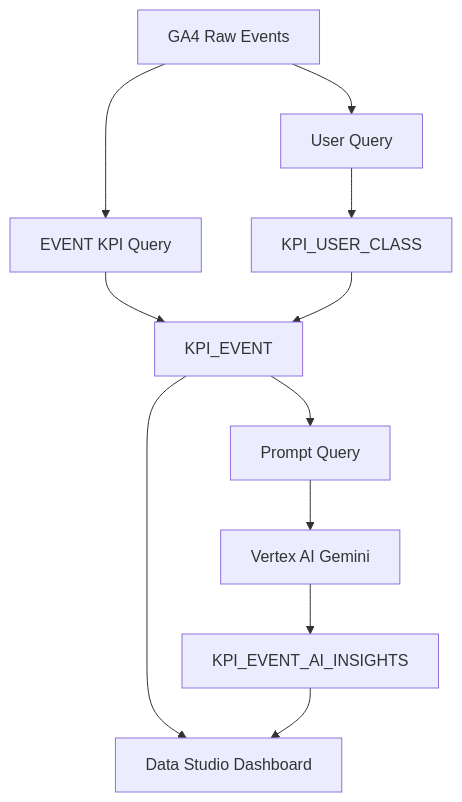
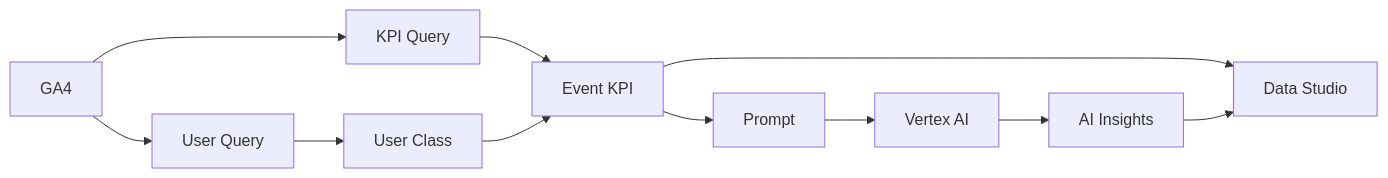
The diagram in README.md (qkrwlfjddl/marketing-kpi-ai-insight), drawn with Mermaid before and after one commit.

````diff
--- a/README.md
+++ b/README.md
@@ -78,16 +78,16 @@
 ```mermaid
-flowchart TD
-    A["GA4 Raw Events"] --> B["EVENT KPI Query"]
-    B --> C["KPI_EVENT"]
+flowchart LR
+    A["GA4"] --> B["KPI Query"]
+    A --> C["User Query"]
 
-    A --> D["User Query"]
-    D --> E["KPI_USER_CLASS"]
-    E --> C
+    C --> D["User Class"]
+    B --> E["Event KPI"]
+    D --> E
 
-    C --> F["Prompt Query"]
-    F --> G["Vertex AI Gemini"]
-    G --> H["KPI_EVENT_AI_INSIGHTS"]
+    E --> F["Prompt"]
+    F --> G["Vertex AI"]
+    G --> H["AI Insights"]
 
-    C --> I["Data Studio Dashboard"]
+    E --> I["Data Studio"]
     H --> I
 ```
````
